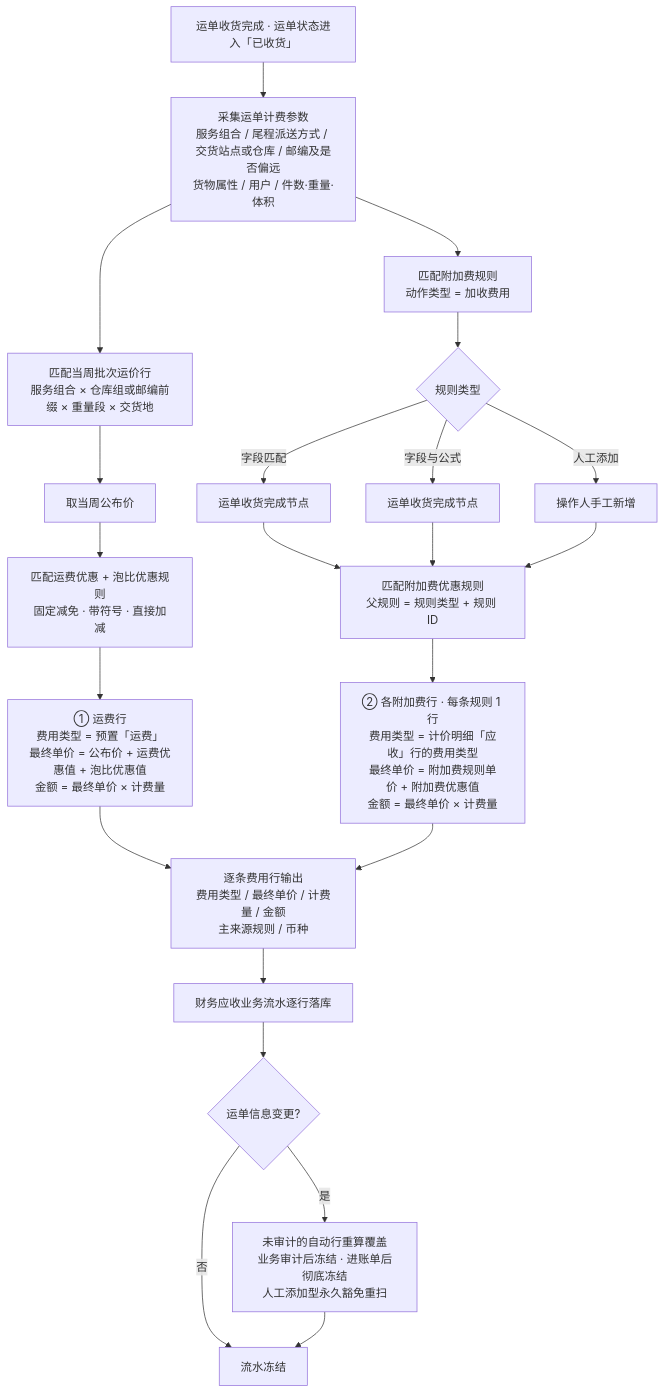
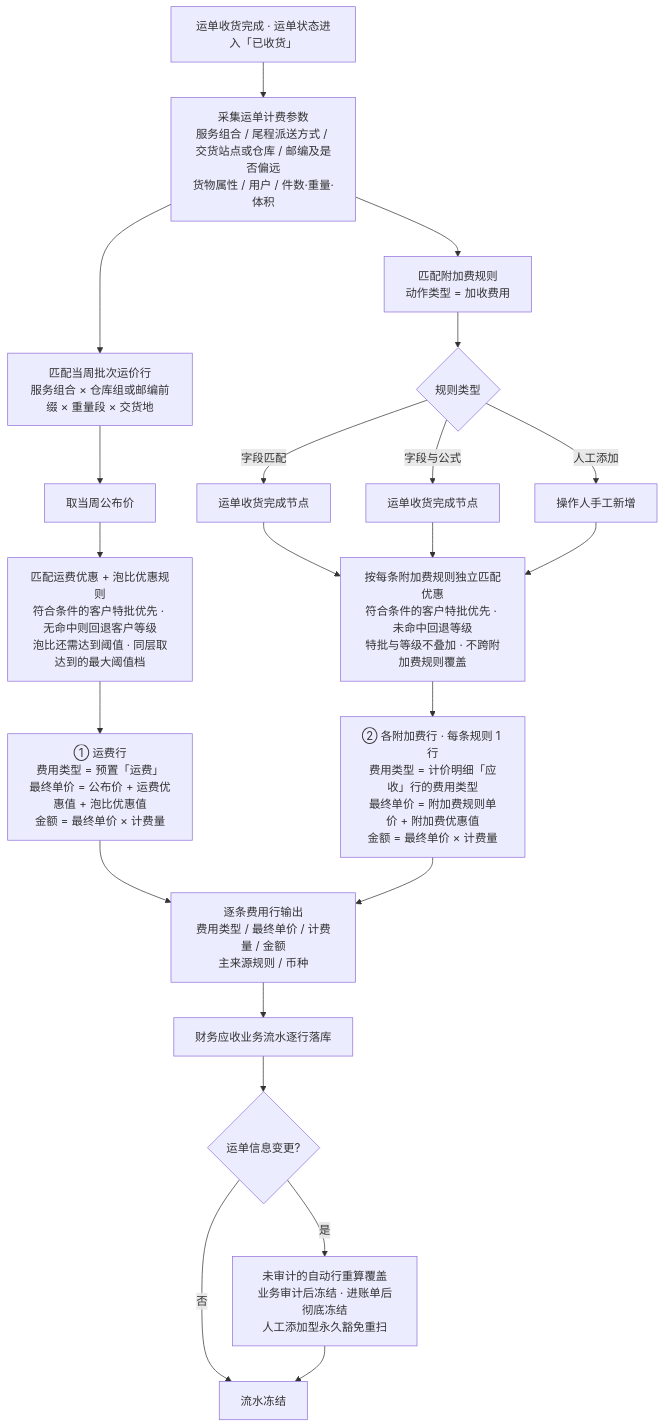
The third of 9 diagrams in 0-产品经理使用IDE/drafts/财务/2026-10-04-产品文档.md (zhangwen960722/luna-daily), drawn with Mermaid before and after one commit. The commit also changed other lines of this file and 2 other files, not shown here.

````diff
--- a/0-产品经理使用IDE/drafts/财务/2026-10-04-产品文档.md
+++ b/0-产品经理使用IDE/drafts/财务/2026-10-04-产品文档.md
@@ -279,24 +279,24 @@
 ```mermaid
 flowchart TD
     A[运单收货完成 · 运单状态进入「已收货」] --> B[采集运单计费参数<br>服务组合 / 尾程派送方式 / 交货站点或仓库 / 邮编及是否偏远<br>货物属性 / 用户 / 件数·重量·体积]
     B --> C[匹配当周批次运价行<br>服务组合 × 仓库组或邮编前缀 × 重量段 × 交货地]
     C --> D[取当周公布价]
-    D --> E[匹配运费优惠 + 泡比优惠规则<br>固定减免 · 带符号 · 直接加减]
+    D --> E[匹配运费优惠 + 泡比优惠规则<br>符合条件的客户特批优先 · 无命中则回退客户等级<br>泡比还需达到阈值 · 同层取达到的最大阈值档]
     E --> F[① 运费行<br>费用类型 = 预置「运费」<br>最终单价 = 公布价 + 运费优惠值 + 泡比优惠值<br>金额 = 最终单价 × 计费量]
     B --> K[匹配附加费规则<br>动作类型 = 加收费用]
     K --> K2{规则类型}
     K2 -->|字段匹配| L1[运单收货完成节点]
     K2 -->|字段与公式| L2[运单收货完成节点]
     K2 -->|人工添加| L3[操作人手工新增]
-    L1 --> L[匹配附加费优惠规则<br>父规则 = 规则类型 + 规则 ID]
+    L1 --> L[按每条附加费规则独立匹配优惠<br>符合条件的客户特批优先 · 未命中回退等级<br>特批与等级不叠加 · 不跨附加费规则覆盖]
     L2 --> L
     L3 --> L
     L --> M[② 各附加费行 · 每条规则 1 行<br>费用类型 = 计价明细「应收」行的费用类型<br>最终单价 = 附加费规则单价 + 附加费优惠值<br>金额 = 最终单价 × 计费量]
     F --> O[逐条费用行输出<br>费用类型 / 最终单价 / 计费量 / 金额<br>主来源规则 / 币种]
     M --> O
     O --> P[财务应收业务流水逐行落库]
     P --> Q{运单信息变更?}
     Q -->|是| R[未审计的自动行重算覆盖<br>业务审计后冻结 · 进账单后彻底冻结<br>人工添加型永久豁免重扫]
     Q -->|否| S[流水冻结]
     R --> S
 ```
````
